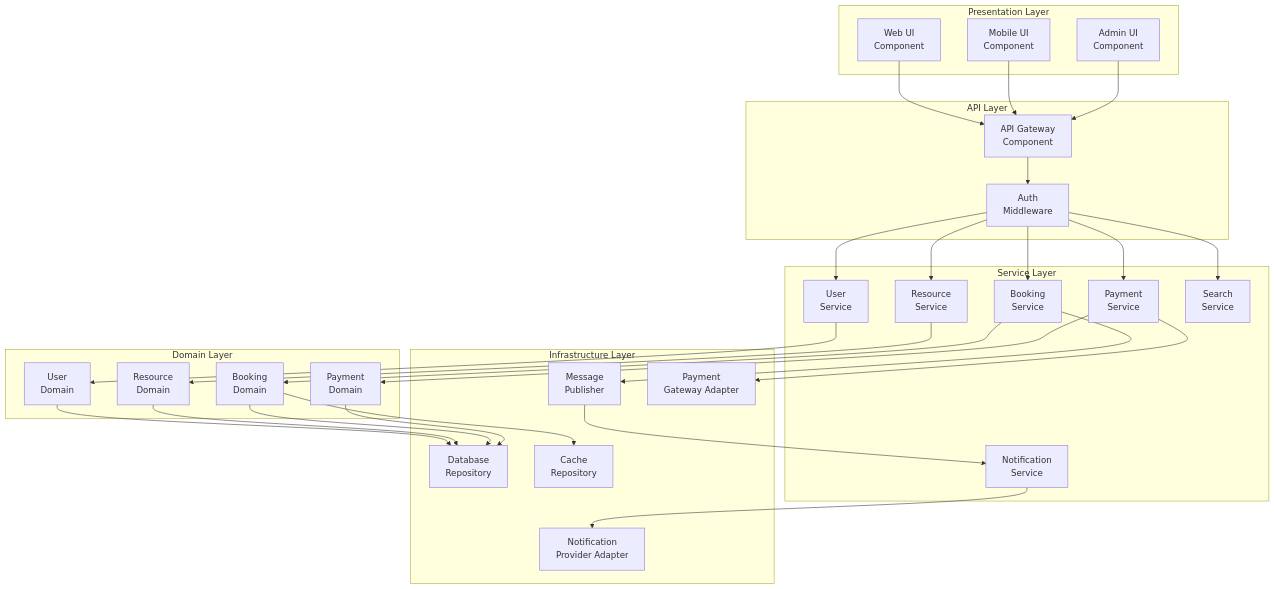
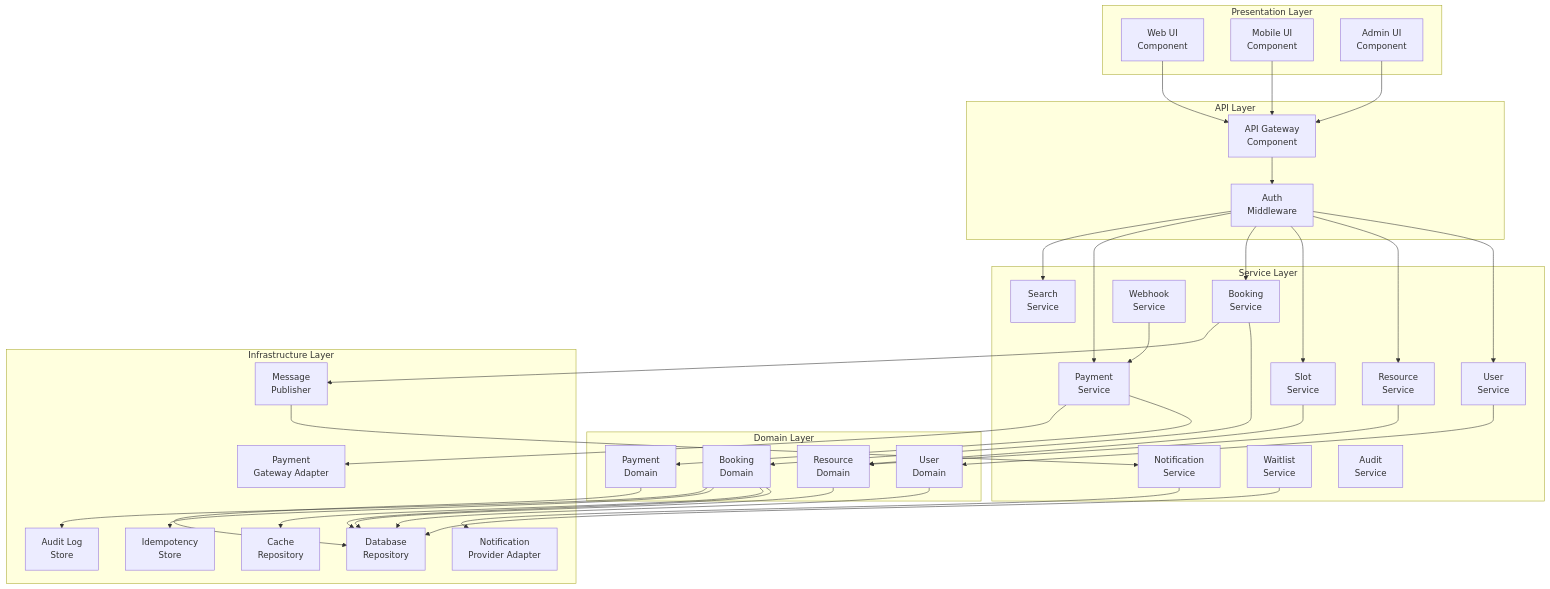
Before and after one commit to 0Ankit0/Project-Ideas: the first of 5 diagrams in Slot Booking System/detailed-design/component-diagram.md, drawn with Mermaid. The commit also changed 23 other files, not shown here.

First line of the commit message:
feat: Enhance Slot Booking System documentation and architecture

````diff
--- a/Slot Booking System/detailed-design/component-diagram.md
+++ b/Slot Booking System/detailed-design/component-diagram.md
@@ -15,64 +15,76 @@
 ```mermaid
 graph TB
     subgraph "Presentation Layer"
         WEB[Web UI<br/>Component]
         MOBILE[Mobile UI<br/>Component]
         ADMIN[Admin UI<br/>Component]
     end
     
     subgraph "API Layer"
         GW[API Gateway<br/>Component]
         AUTH[Auth<br/>Middleware]
     end
     
     subgraph "Service Layer"
         USER_SVC[User<br/>Service]
         RESOURCE_SVC[Resource<br/>Service]
+        SLOT_SVC[Slot<br/>Service]
         BOOKING_SVC[Booking<br/>Service]
         PAYMENT_SVC[Payment<br/>Service]
         NOTIFICATION_SVC[Notification<br/>Service]
         SEARCH_SVC[Search<br/>Service]
+        WAITLIST_SVC[Waitlist<br/>Service]
+        AUDIT_SVC[Audit<br/>Service]
+        WEBHOOK_SVC[Webhook<br/>Service]
     end
     
     subgraph "Domain Layer"
         USER_DOM[User<br/>Domain]
         RESOURCE_DOM[Resource<br/>Domain]
         BOOKING_DOM[Booking<br/>Domain]
         PAYMENT_DOM[Payment<br/>Domain]
     end
     
     subgraph "Infrastructure Layer"
         DB_REPO[Database<br/>Repository]
         CACHE_REPO[Cache<br/>Repository]
         QUEUE_PUB[Message<br/>Publisher]
         EXT_PAY[Payment<br/>Gateway Adapter]
         EXT_NOTIF[Notification<br/>Provider Adapter]
+        IDEMP_REPO[Idempotency<br/>Store]
+        AUDIT_REPO[Audit Log<br/>Store]
     end
     
     WEB --> GW
     MOBILE --> GW
     ADMIN --> GW
     
     GW --> AUTH
     AUTH --> USER_SVC
     AUTH --> RESOURCE_SVC
+    AUTH --> SLOT_SVC
     AUTH --> BOOKING_SVC
     AUTH --> PAYMENT_SVC
     AUTH --> SEARCH_SVC
     
     USER_SVC --> USER_DOM
     RESOURCE_SVC --> RESOURCE_DOM
+    SLOT_SVC --> RESOURCE_DOM
     BOOKING_SVC --> BOOKING_DOM
     PAYMENT_SVC --> PAYMENT_DOM
     
     USER_DOM --> DB_REPO
     RESOURCE_DOM --> DB_REPO
     BOOKING_DOM --> DB_REPO
     BOOKING_DOM --> CACHE_REPO
     PAYMENT_DOM --> DB_REPO
+    BOOKING_DOM --> IDEMP_REPO
+    BOOKING_DOM --> AUDIT_REPO
     
     BOOKING_SVC --> QUEUE_PUB
     QUEUE_PUB --> NOTIFICATION_SVC
     PAYMENT_SVC --> EXT_PAY
     NOTIFICATION_SVC --> EXT_NOTIF
+    WAITLIST_SVC --> DB_REPO
+    WEBHOOK_SVC --> PAYMENT_SVC
 ```
````
